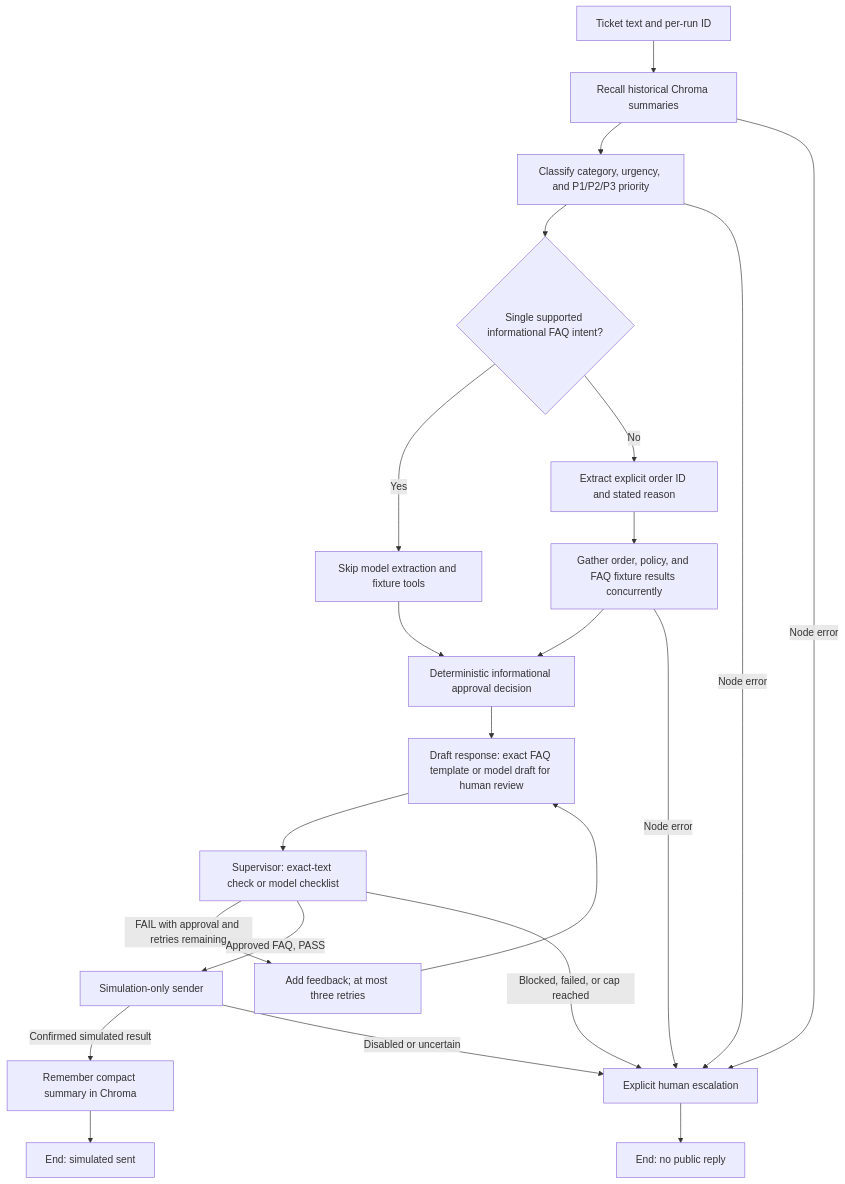
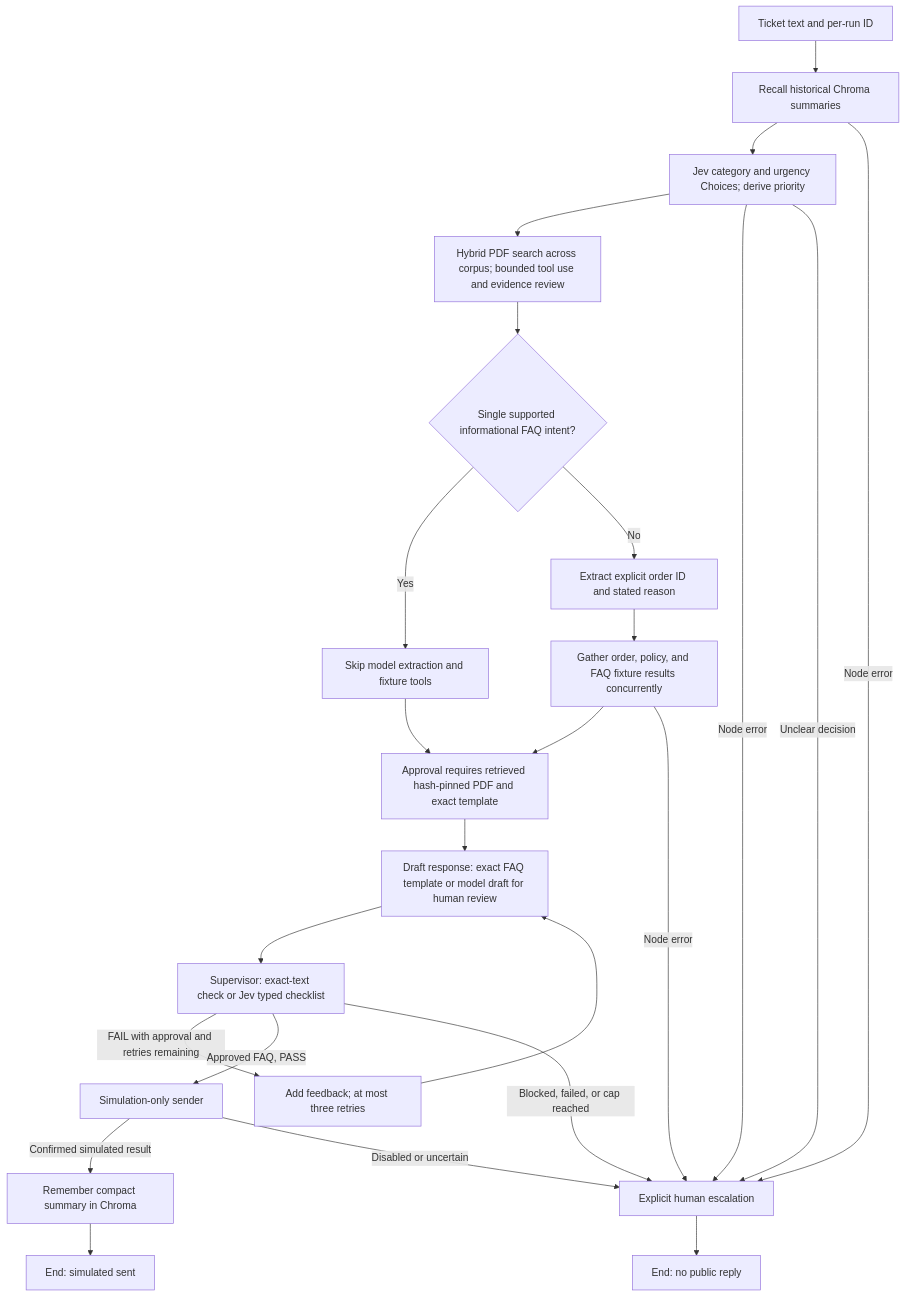
One commit to brajeshkumar7/Customer-support-ticket-triage-and-draft-response-agent changed the first of 2 diagrams in docs/architecture.md. Above: the diagram before and after it, drawn with Mermaid. The commit also changed other lines of this file and 61 other files, not shown here.

Commit message:
fix: triage and urgency step with jev data fetch and draft response with RAG with BM25 search supervisor scoring step improved with jev Strengthen the safety decision step

````diff
--- a/docs/architecture.md
+++ b/docs/architecture.md
@@ -10,24 +10,26 @@
 ```mermaid
 flowchart TD
     A[Ticket text and per-run ID] --> B[Recall historical Chroma summaries]
-    B --> C[Classify category, urgency, and P1/P2/P3 priority]
-    C --> D{Single supported informational FAQ intent?}
+    B --> C[Jev category and urgency Choices; derive priority]
+    C --> RAG[Hybrid PDF search across corpus; bounded tool use and evidence review]
+    RAG --> D{Single supported informational FAQ intent?}
     D -->|Yes| E[Skip model extraction and fixture tools]
     D -->|No| F[Extract explicit order ID and stated reason]
     F --> G[Gather order, policy, and FAQ fixture results concurrently]
-    E --> H[Deterministic informational approval decision]
+    E --> H[Approval requires retrieved hash-pinned PDF and exact template]
     G --> H
     H --> I[Draft response: exact FAQ template or model draft for human review]
-    I --> J[Supervisor: exact-text check or model checklist]
+    I --> J[Supervisor: exact-text check or Jev typed checklist]
     J -->|FAIL with approval and retries remaining| K[Add feedback; at most three retries]
     K --> I
     J -->|Approved FAQ, PASS| L[Simulation-only sender]
     L -->|Confirmed simulated result| M[Remember compact summary in Chroma]
     M --> N[End: simulated sent]
     J -->|Blocked, failed, or cap reached| O[Explicit human escalation]
     L -->|Disabled or uncertain| O
     B -->|Node error| O
     C -->|Node error| O
+    C -->|Unclear decision| O
     G -->|Node error| O
     O --> P[End: no public reply]
 ```
````
